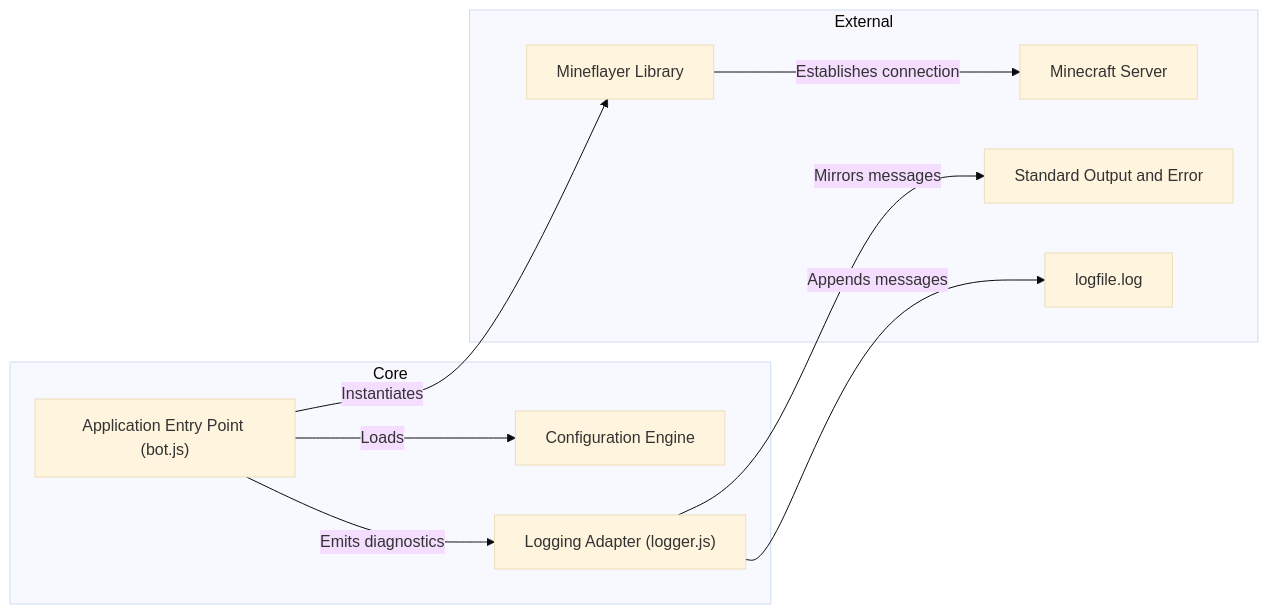
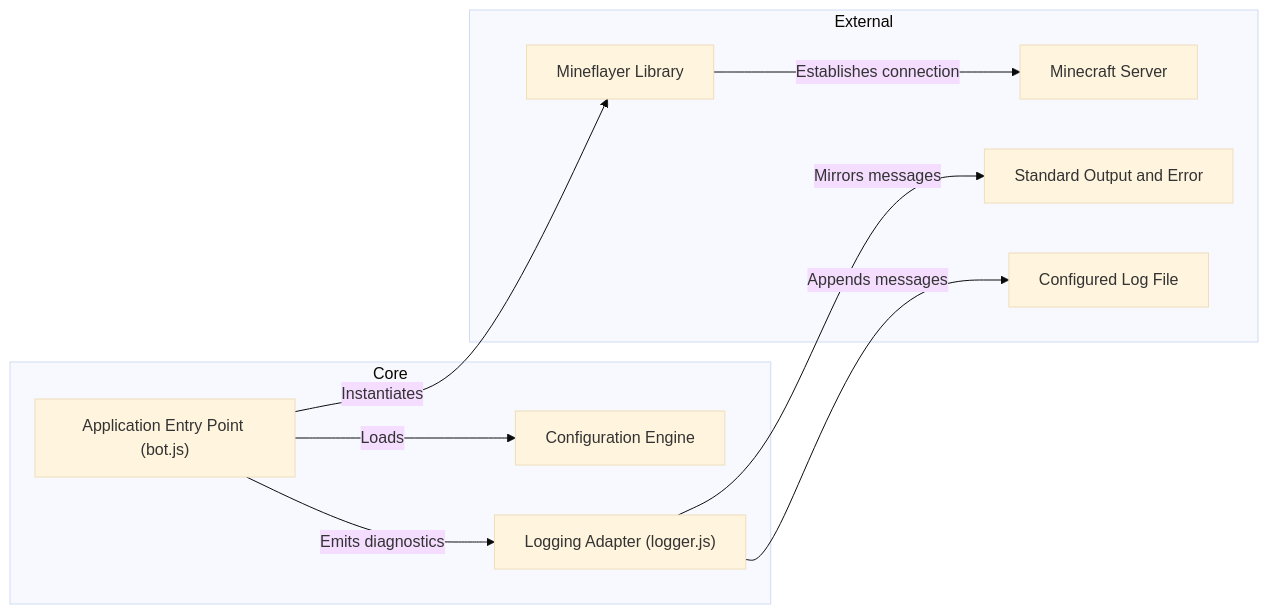
Before and after one commit to hmlendea/minecraft-afk-bot: the second of 7 diagrams in ARCHITECTURE.md, drawn with Mermaid (base theme). The commit also changed other lines of this file and 6 other files, not shown here.

````diff
--- a/ARCHITECTURE.md
+++ b/ARCHITECTURE.md
@@ -65,20 +65,20 @@
 ```mermaid
 graph LR
     subgraph Core
         Entry["Application Entry Point (bot.js)"]
         Config["Configuration Engine"]
       Logger["Logging Adapter (logger.js)"]
     end
     subgraph External
         Mineflayer["Mineflayer Library"]
         MCServer["Minecraft Server"]
       Console["Standard Output and Error"]
-      LogFile["logfile.log"]
+      LogFile["Configured Log File"]
     end
     Entry -->|Loads| Config
     Entry -->|Emits diagnostics| Logger
     Logger -->|Mirrors messages| Console
     Logger -->|Appends messages| LogFile
     Entry -->|Instantiates| Mineflayer
     Mineflayer -->|Establishes connection| MCServer
 ```
````
